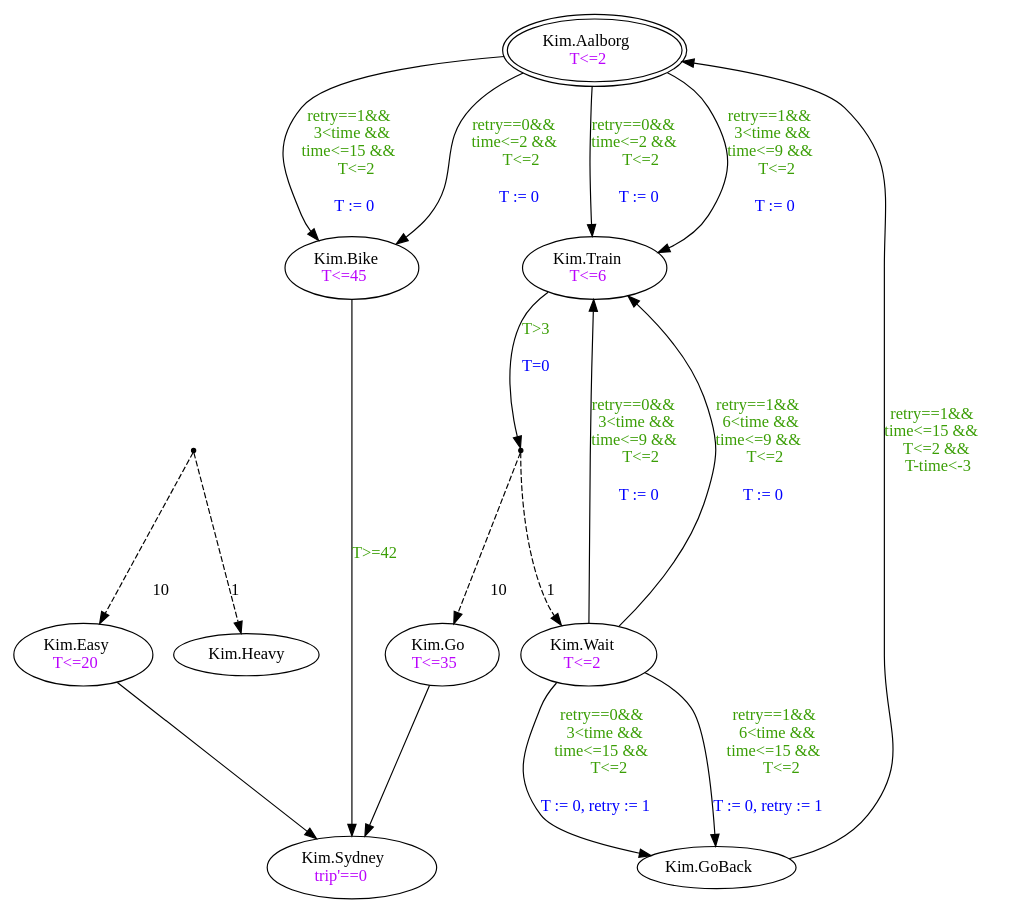
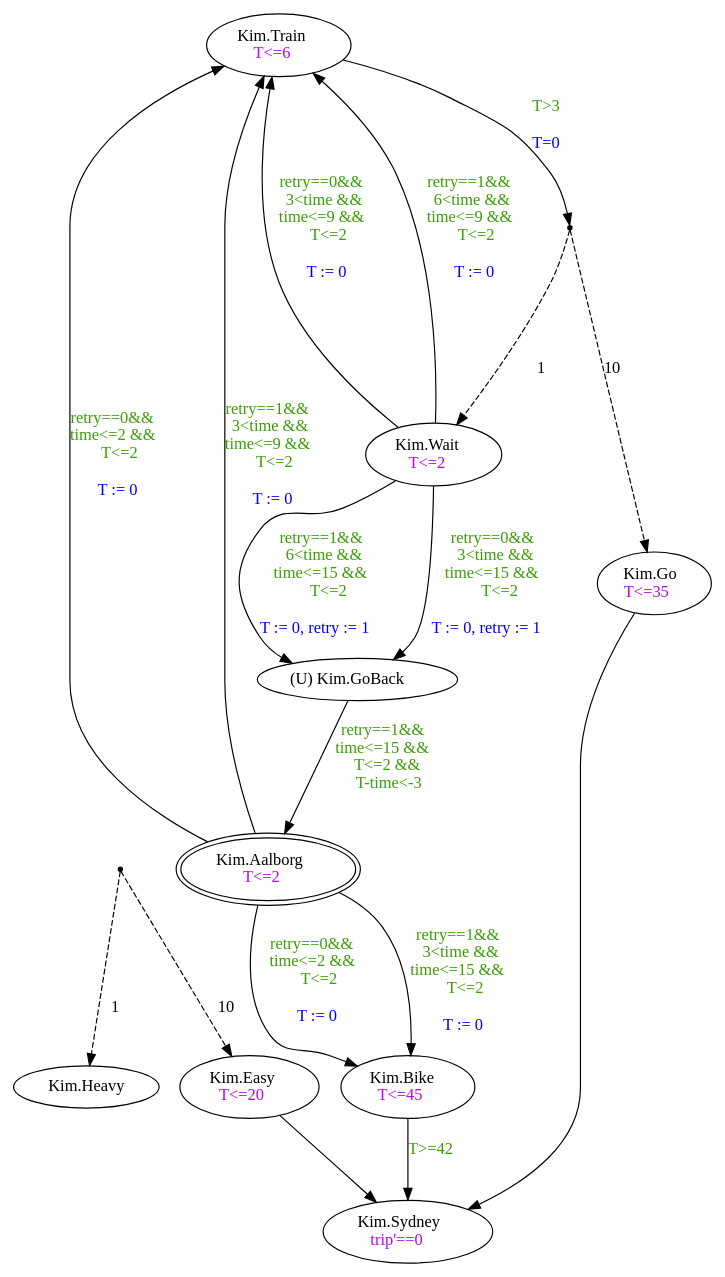
Before and after one commit to LesLivia/StrategyViz: the diagram in resources/ptas/gosafe.gv, drawn with Graphviz. The commit also changed 10 other files, not shown here.

```diff
--- a/resources/ptas/gosafe.gv
+++ b/resources/ptas/gosafe.gv
@@ -1,29 +1,29 @@
 digraph gosafe {
+	"Kim.Train" [label=<Kim.Train<BR/><font color='#ba03fc'>T&lt;=6</font>>]
+	"Kim.Easy" [label=<Kim.Easy<BR/><font color='#ba03fc'>T&lt;=20</font>>]
+	"Kim.Bike" [label=<Kim.Bike<BR/><font color='#ba03fc'>T&lt;=45</font>>]
 	"Kim.Sydney" [label=<Kim.Sydney<BR/><font color='#ba03fc'>trip'==0</font>>]
-	"Kim.Bike" [label=<Kim.Bike<BR/><font color='#ba03fc'>T&lt;=45</font>>]
+	"Kim.GoBack" [label=<(U) Kim.GoBack<BR/>>]
 	"Kim.Aalborg" [label=<Kim.Aalborg<BR/><font color='#ba03fc'>T&lt;=2</font>> peripheries=2]
-	"Kim.GoBack" [label=<Kim.GoBack<BR/>>]
-	"Kim.Train" [label=<Kim.Train<BR/><font color='#ba03fc'>T&lt;=6</font>>]
+	"Kim.Go" [label=<Kim.Go<BR/><font color='#ba03fc'>T&lt;=35</font>>]
 	"Kim.Wait" [label=<Kim.Wait<BR/><font color='#ba03fc'>T&lt;=2</font>>]
-	"Kim.Easy" [label=<Kim.Easy<BR/><font color='#ba03fc'>T&lt;=20</font>>]
-	"Kim.Go" [label=<Kim.Go<BR/><font color='#ba03fc'>T&lt;=35</font>>]
-	id10 -> "Kim.Wait" [label=<<BR/><BR/><BR/>1> style=dashed]
-	"Kim.Go" -> "Kim.Sydney" [label=<<BR/><BR/>>]
-	"Kim.Bike" -> "Kim.Sydney" [label=<<font color='#3a9e05'>T&gt;=42</font><BR/><BR/>>]
-	id11 -> "Kim.Easy" [label=<<BR/><BR/><BR/>10> style=dashed]
-	"Kim.Easy" -> "Kim.Sydney" [label=<<BR/><BR/>>]
-	"Kim.GoBack" -> "Kim.Aalborg" [label=<<font color='#3a9e05'>retry==1&amp;&amp;<BR/>time&lt;=15 &amp;&amp;<BR/>T&lt;=2 &amp;&amp;<BR/>T-time&lt;-3</font><BR/><BR/>>]
 	"Kim.Wait" -> "Kim.GoBack" [label=<<font color='#3a9e05'>retry==0&amp;&amp;<BR/>3&lt;time &amp;&amp;<BR/>time&lt;=15 &amp;&amp;<BR/>T&lt;=2</font><BR/><BR/><font color='blue'> T := 0, retry := 1<BR/></font>>]
-	"Kim.Wait" -> "Kim.GoBack" [label=<<font color='#3a9e05'>retry==1&amp;&amp;<BR/>6&lt;time &amp;&amp;<BR/>time&lt;=15 &amp;&amp;<BR/>T&lt;=2</font><BR/><BR/><font color='blue'> T := 0, retry := 1<BR/></font>>]
-	"Kim.Aalborg" -> "Kim.Train" [label=<<font color='#3a9e05'>retry==1&amp;&amp;<BR/>3&lt;time &amp;&amp;<BR/>time&lt;=9 &amp;&amp;<BR/>T&lt;=2</font><BR/><BR/><font color='blue'> T := 0<BR/></font>>]
-	"Kim.Train" -> id10 [label=<<font color='#3a9e05'>T&gt;3</font><BR/><BR/><font color='blue'>T=0</font>>]
-	id11 -> "Kim.Heavy" [label=<<BR/><BR/><BR/>1> style=dashed]
+	"Kim.Wait" -> "Kim.Train" [label=<<font color='#3a9e05'>retry==1&amp;&amp;<BR/>6&lt;time &amp;&amp;<BR/>time&lt;=9 &amp;&amp;<BR/>T&lt;=2</font><BR/><BR/><font color='blue'> T := 0<BR/></font>>]
+	"Kim.Aalborg" -> "Kim.Bike" [label=<<font color='#3a9e05'>retry==0&amp;&amp;<BR/>time&lt;=2 &amp;&amp;<BR/>T&lt;=2</font><BR/><BR/><font color='blue'> T := 0<BR/></font>>]
 	"Kim.Wait" -> "Kim.Train" [label=<<font color='#3a9e05'>retry==0&amp;&amp;<BR/>3&lt;time &amp;&amp;<BR/>time&lt;=9 &amp;&amp;<BR/>T&lt;=2</font><BR/><BR/><font color='blue'> T := 0<BR/></font>>]
 	id10 -> "Kim.Go" [label=<<BR/><BR/><BR/>10> style=dashed]
+	"Kim.Aalborg" -> "Kim.Train" [label=<<font color='#3a9e05'>retry==1&amp;&amp;<BR/>3&lt;time &amp;&amp;<BR/>time&lt;=9 &amp;&amp;<BR/>T&lt;=2</font><BR/><BR/><font color='blue'> T := 0<BR/></font>>]
+	"Kim.Easy" -> "Kim.Sydney" [label=<<BR/><BR/>>]
+	"Kim.Wait" -> "Kim.GoBack" [label=<<font color='#3a9e05'>retry==1&amp;&amp;<BR/>6&lt;time &amp;&amp;<BR/>time&lt;=15 &amp;&amp;<BR/>T&lt;=2</font><BR/><BR/><font color='blue'> T := 0, retry := 1<BR/></font>>]
+	"Kim.Train" -> id10 [label=<<font color='#3a9e05'>T&gt;3</font><BR/><BR/><font color='blue'>T=0</font>>]
+	"Kim.GoBack" -> "Kim.Aalborg" [label=<<font color='#3a9e05'>retry==1&amp;&amp;<BR/>time&lt;=15 &amp;&amp;<BR/>T&lt;=2 &amp;&amp;<BR/>T-time&lt;-3</font><BR/><BR/>>]
+	"Kim.Go" -> "Kim.Sydney" [label=<<BR/><BR/>>]
 	"Kim.Aalborg" -> "Kim.Train" [label=<<font color='#3a9e05'>retry==0&amp;&amp;<BR/>time&lt;=2 &amp;&amp;<BR/>T&lt;=2</font><BR/><BR/><font color='blue'> T := 0<BR/></font>>]
-	"Kim.Wait" -> "Kim.Train" [label=<<font color='#3a9e05'>retry==1&amp;&amp;<BR/>6&lt;time &amp;&amp;<BR/>time&lt;=9 &amp;&amp;<BR/>T&lt;=2</font><BR/><BR/><font color='blue'> T := 0<BR/></font>>]
-	"Kim.Aalborg" -> "Kim.Bike" [label=<<font color='#3a9e05'>retry==0&amp;&amp;<BR/>time&lt;=2 &amp;&amp;<BR/>T&lt;=2</font><BR/><BR/><font color='blue'> T := 0<BR/></font>>]
+	id11 -> "Kim.Easy" [label=<<BR/><BR/><BR/>10> style=dashed]
 	"Kim.Aalborg" -> "Kim.Bike" [label=<<font color='#3a9e05'>retry==1&amp;&amp;<BR/>3&lt;time &amp;&amp;<BR/>time&lt;=15 &amp;&amp;<BR/>T&lt;=2</font><BR/><BR/><font color='blue'> T := 0<BR/></font>>]
+	"Kim.Bike" -> "Kim.Sydney" [label=<<font color='#3a9e05'>T&gt;=42</font><BR/><BR/>>]
+	id10 -> "Kim.Wait" [label=<<BR/><BR/><BR/>1> style=dashed]
+	id11 -> "Kim.Heavy" [label=<<BR/><BR/><BR/>1> style=dashed]
 	id10 [shape=point]
 	id11 [shape=point]
 }
```
